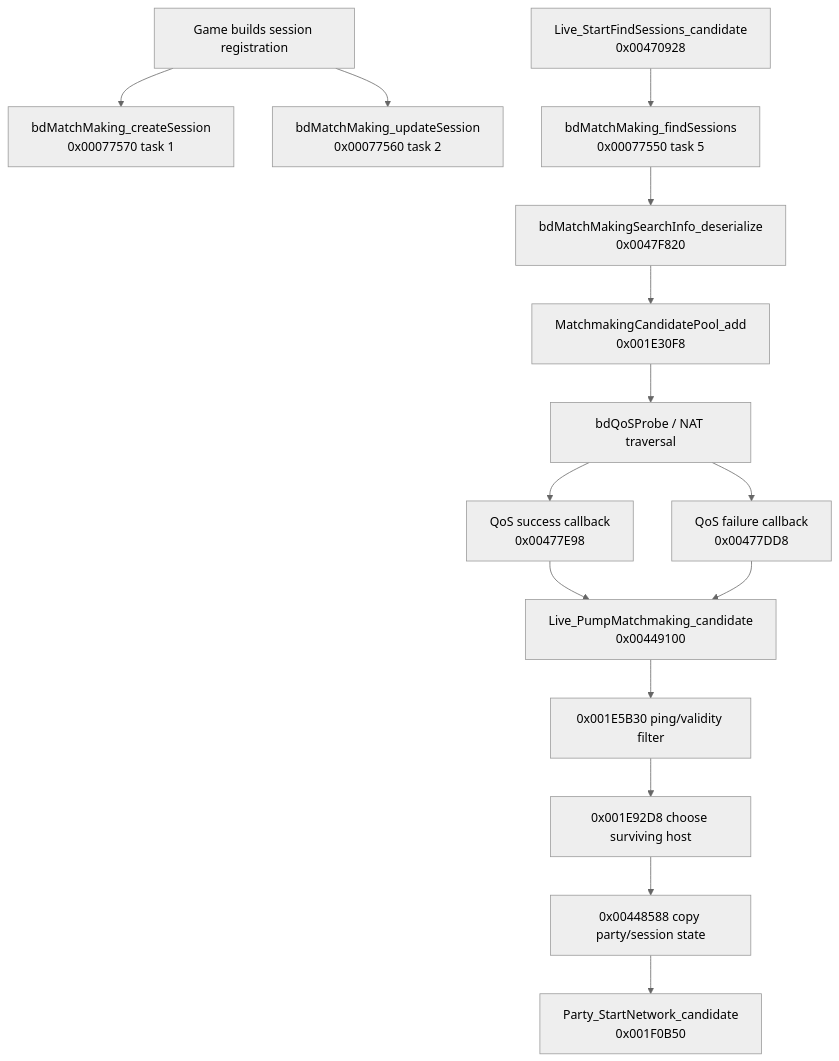
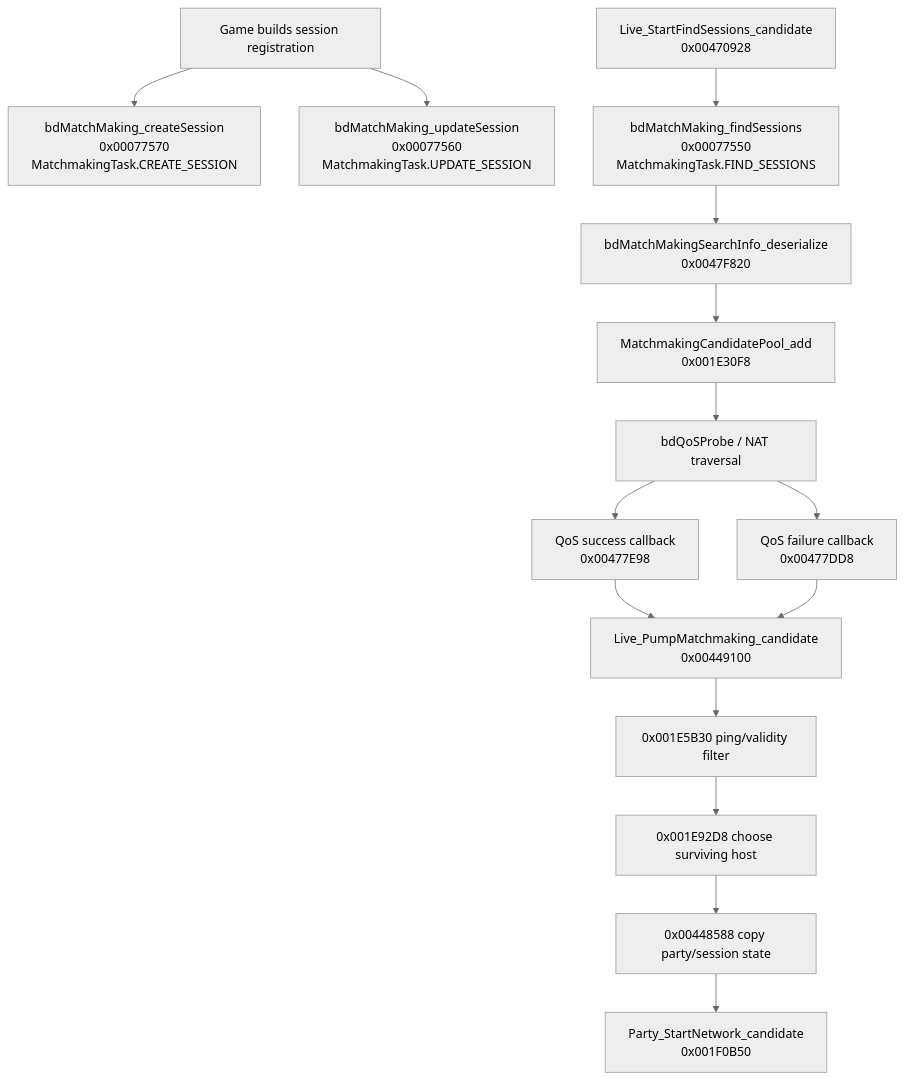
One commit to primetime43/CoD-Research changed the seventh of 9 diagrams in World-at-War-COD5/DemonWare/Flow-Charts.md. Above: the diagram before and after it, drawn with Mermaid (neutral theme). The commit also changed other lines of this file and 3 other files, not shown here.

````diff
--- a/World-at-War-COD5/DemonWare/Flow-Charts.md
+++ b/World-at-War-COD5/DemonWare/Flow-Charts.md
@@ -180,25 +182,25 @@
 ```mermaid
 flowchart TD
     REGISTER[Game builds session registration]
-    CREATE[bdMatchMaking_createSession<br/>0x00077570 task 1]
-    UPDATE[bdMatchMaking_updateSession<br/>0x00077560 task 2]
+    CREATE[bdMatchMaking_createSession<br/>0x00077570<br/>MatchmakingTask.CREATE_SESSION]
+    UPDATE[bdMatchMaking_updateSession<br/>0x00077560<br/>MatchmakingTask.UPDATE_SESSION]
     SEARCH[Live_StartFindSessions_candidate<br/>0x00470928]
-    FIND[bdMatchMaking_findSessions<br/>0x00077550 task 5]
+    FIND[bdMatchMaking_findSessions<br/>0x00077550<br/>MatchmakingTask.FIND_SESSIONS]
     RESULT[bdMatchMakingSearchInfo_deserialize<br/>0x0047F820]
     CAND[MatchmakingCandidatePool_add<br/>0x001E30F8]
     QOS[bdQoSProbe / NAT traversal]
     OK[QoS success callback<br/>0x00477E98]
     FAIL[QoS failure callback<br/>0x00477DD8]
     PUMP[Live_PumpMatchmaking_candidate<br/>0x00449100]
     FILTER[0x001E5B30 ping/validity filter]
     BEST[0x001E92D8 choose surviving host]
     COPY[0x00448588 copy party/session state]
     NET[Party_StartNetwork_candidate<br/>0x001F0B50]
 
     REGISTER --> CREATE
     REGISTER --> UPDATE
     SEARCH --> FIND --> RESULT --> CAND --> QOS
     QOS --> OK --> PUMP
     QOS --> FAIL --> PUMP
     PUMP --> FILTER --> BEST --> COPY --> NET
 ```
````
